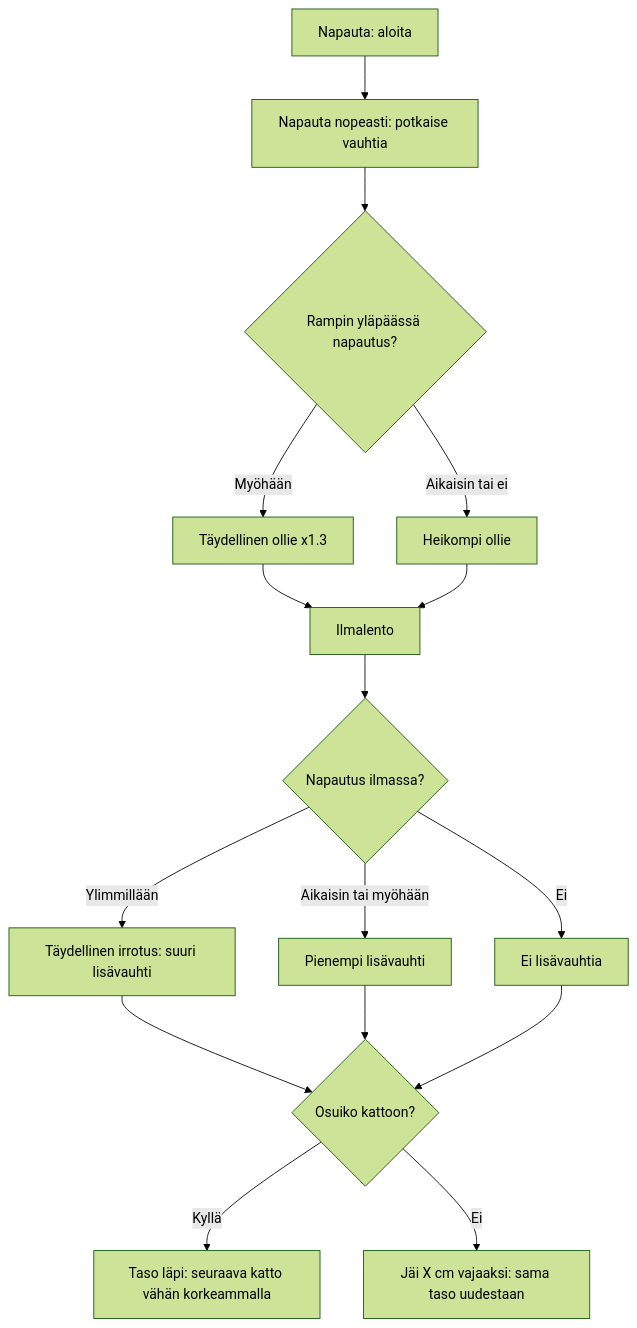
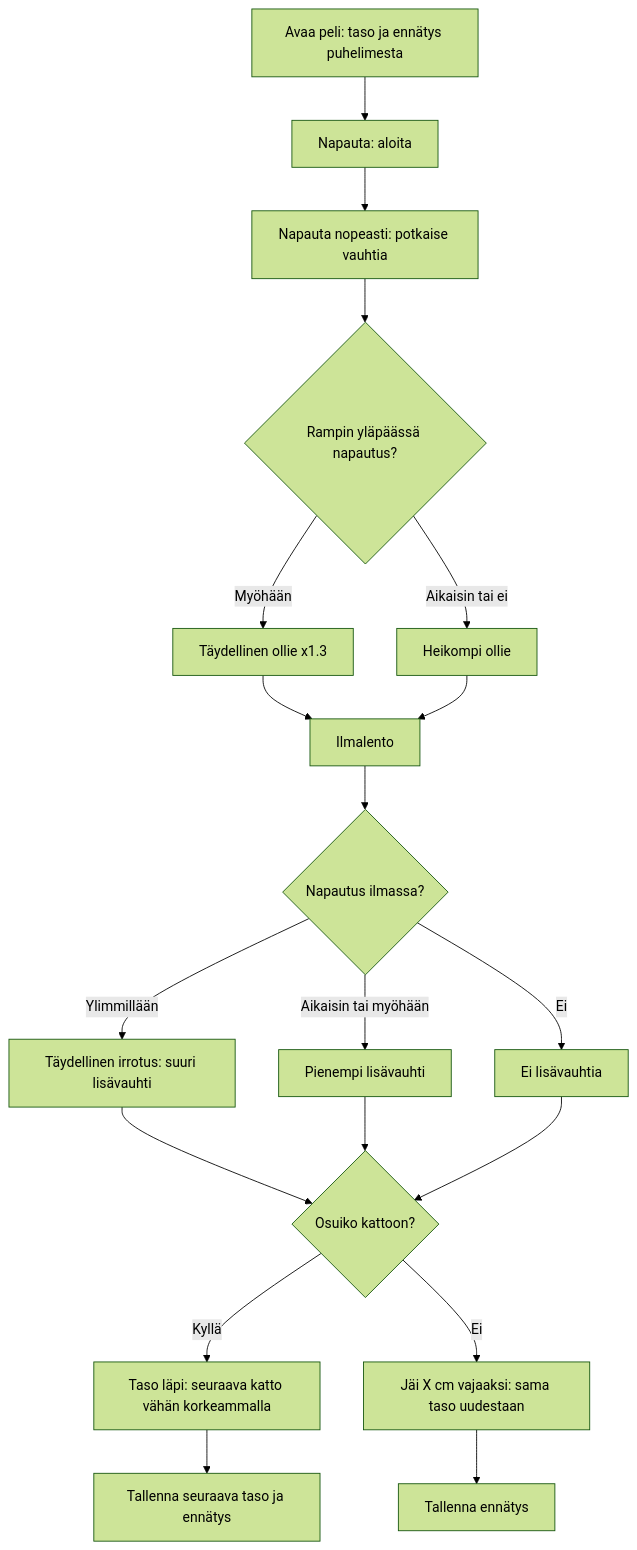
Before and after one commit to eerovil/ai-pelit: the diagram in docs/diagrams/sormiskeitti.md, drawn with Mermaid (forest theme). The commit also changed other lines of this file and 2 other files, not shown here.

````diff
--- a/docs/diagrams/sormiskeitti.md
+++ b/docs/diagrams/sormiskeitti.md
@@ -8,24 +9,28 @@
 ```mermaid
 flowchart TD
+  S[Avaa peli: taso ja ennätys puhelimesta] --> A
   A[Napauta: aloita] --> B[Napauta nopeasti: potkaise vauhtia]
   B --> C{Rampin yläpäässä napautus?}
   C -- Myöhään --> D[Täydellinen ollie x1.3]
   C -- Aikaisin tai ei --> E[Heikompi ollie]
   D --> F[Ilmalento]
   E --> F
   F --> G{Napautus ilmassa?}
   G -- Ylimmillään --> H[Täydellinen irrotus: suuri lisävauhti]
   G -- Aikaisin tai myöhään --> I[Pienempi lisävauhti]
   G -- Ei --> J[Ei lisävauhtia]
   H --> K{Osuiko kattoon?}
   I --> K
   J --> K
   K -- Kyllä --> L[Taso läpi: seuraava katto vähän korkeammalla]
+  L --> T[Tallenna seuraava taso ja ennätys]
+  M --> T2[Tallenna ennätys]
   K -- Ei --> M[Jäi X cm vajaaksi: sama taso uudestaan]
   class A,B blue
   class C,G,K amber
   class D,E,F teal
   class H,I,J violet
   class L green
+  class S,T,T2 teal
   class M rose
 ```
````
